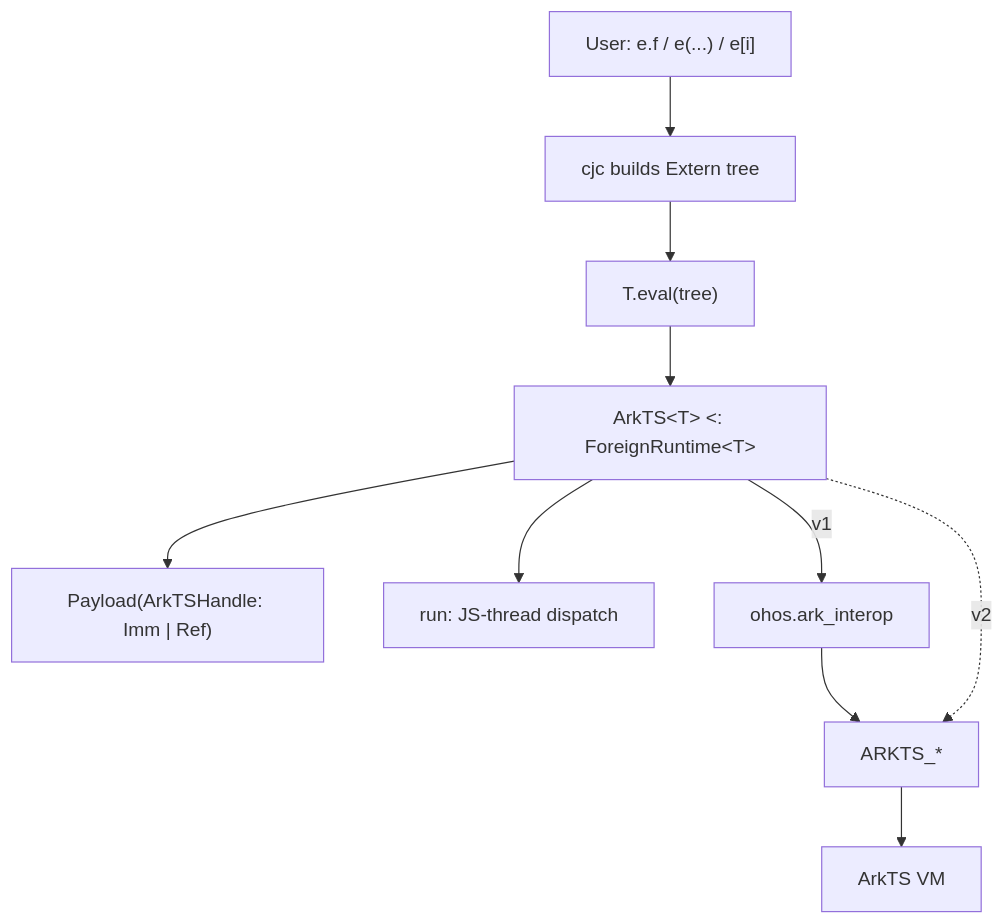
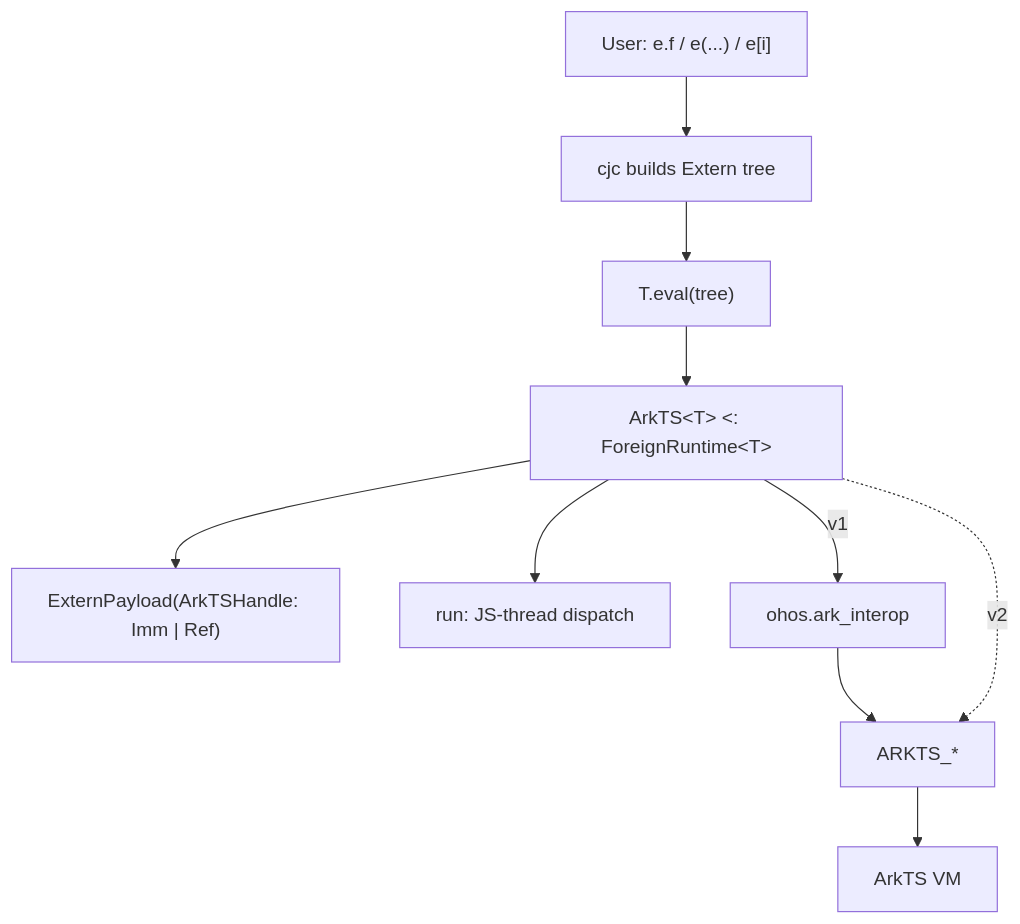
One commit to belolourenco/cangjie_interop_architecture changed the first of 2 diagrams in docs/arkts_runtime_design_with_eval.md. Above: the diagram before and after it, drawn with Mermaid. The commit also changed other lines of this file and 1 other file, not shown here.

````diff
--- a/docs/arkts_runtime_design_with_eval.md
+++ b/docs/arkts_runtime_design_with_eval.md
@@ -37,10 +37,10 @@
 ```mermaid
 flowchart TB
     UC["User: e.f / e(...) / e[i]"] --> DS["cjc builds Extern tree"]
     DS --> EVAL["T.eval(tree)"]
     EVAL --> ARK["ArkTS&lt;T&gt; <: ForeignRuntime&lt;T&gt;"]
-    ARK --> PAY["Payload(ArkTSHandle: Imm | Ref)"]
+    ARK --> PAY["ExternPayload(ArkTSHandle: Imm | Ref)"]
     ARK --> RUN["run: JS-thread dispatch"]
     ARK -->|"v1"| CTX["ohos.ark_interop"] --> FFI["ARKTS_*"] --> VM["ArkTS VM"]
     ARK -.->|"v2"| FFI
 ```
````
